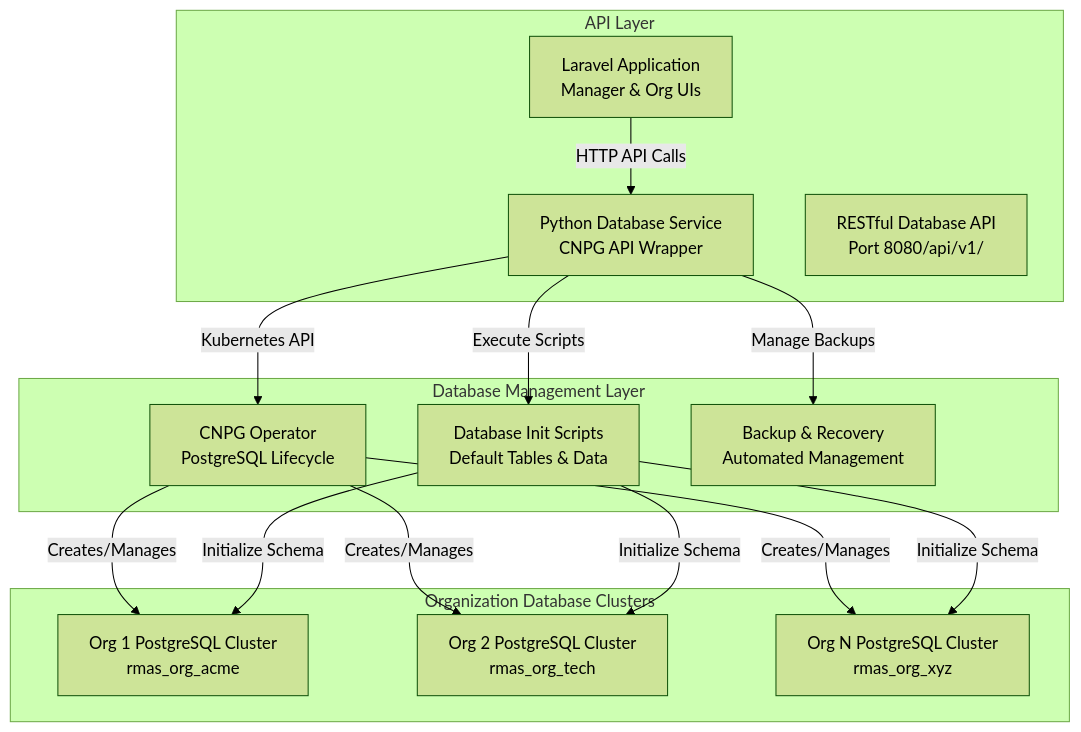
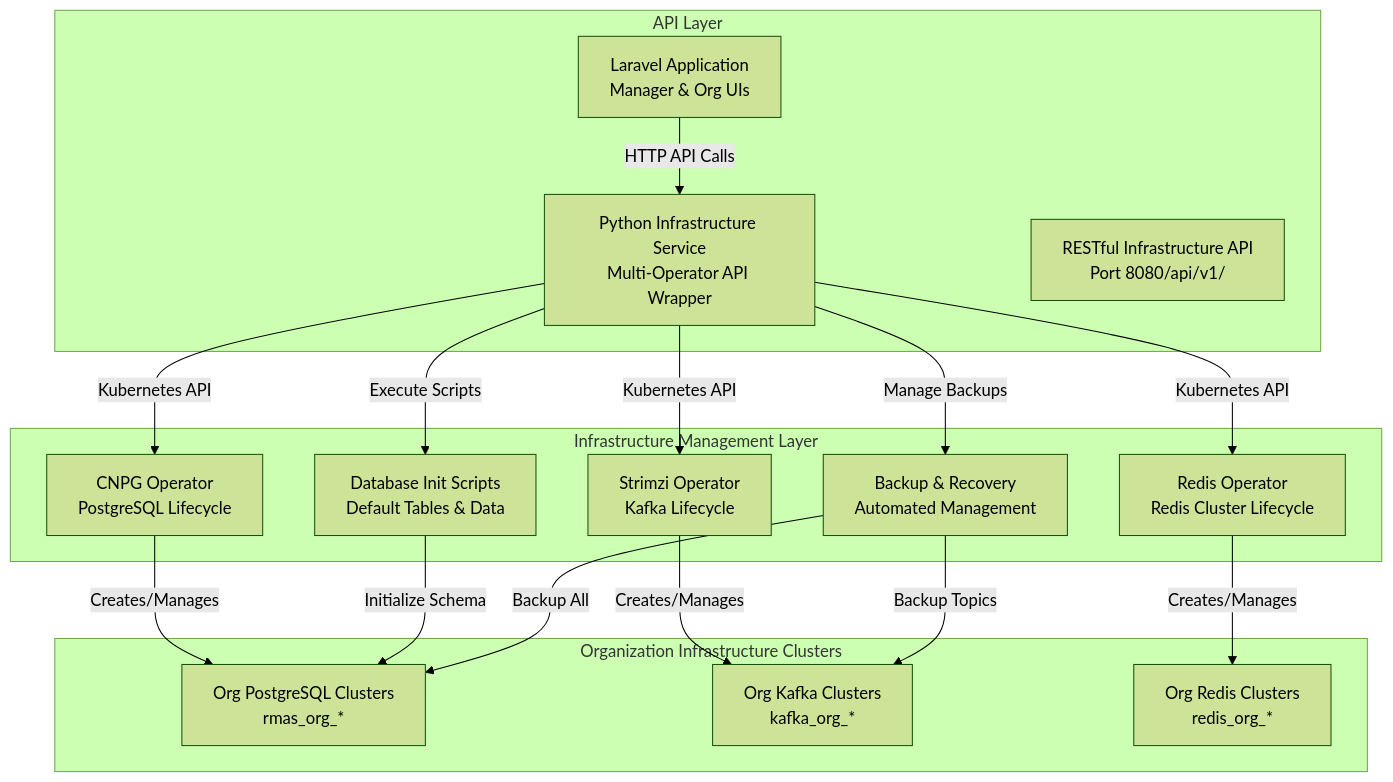
Before and after one commit to kustav123/radmin: the second of 4 diagrams in LLD/database/multi-tenancy.md, drawn with Mermaid (forest theme). The commit also changed other lines of this file and 1 other file, not shown here.

````diff
--- a/LLD/database/multi-tenancy.md
+++ b/LLD/database/multi-tenancy.md
@@ -58,33 +76,37 @@
 ```mermaid
 graph TB
     subgraph "API Layer"
         LaravelApp[Laravel Application<br/>Manager & Org UIs]
-        FastAPI[Python Database Service<br/>CNPG API Wrapper]
-        RestAPI[RESTful Database API<br/>Port 8080/api/v1/]
+        FastAPI[Python Infrastructure Service<br/>Multi-Operator API Wrapper]
+        RestAPI[RESTful Infrastructure API<br/>Port 8080/api/v1/]
     end
     
-    subgraph "Database Management Layer"
+    subgraph "Infrastructure Management Layer"
         CNPGOperator[CNPG Operator<br/>PostgreSQL Lifecycle]
+        StrimziOperator[Strimzi Operator<br/>Kafka Lifecycle]
+        RedisOperator[Redis Operator<br/>Redis Cluster Lifecycle]
         InitScripts[Database Init Scripts<br/>Default Tables & Data]
         BackupManager[Backup & Recovery<br/>Automated Management]
     end
     
-    subgraph "Organization Database Clusters"
-        OrgCluster1[Org 1 PostgreSQL Cluster<br/>rmas_org_acme]
-        OrgCluster2[Org 2 PostgreSQL Cluster<br/>rmas_org_tech]
-        OrgClusterN[Org N PostgreSQL Cluster<br/>rmas_org_xyz]
+    subgraph "Organization Infrastructure Clusters"
+        OrgPostgres[Org PostgreSQL Clusters<br/>rmas_org_*]
+        OrgKafka[Org Kafka Clusters<br/>kafka_org_*]
+        OrgRedis[Org Redis Clusters<br/>redis_org_*]
     end
     
     LaravelApp -->|HTTP API Calls| FastAPI
     FastAPI -->|Kubernetes API| CNPGOperator
+    FastAPI -->|Kubernetes API| StrimziOperator
+    FastAPI -->|Kubernetes API| RedisOperator
     FastAPI -->|Execute Scripts| InitScripts
     FastAPI -->|Manage Backups| BackupManager
     
-    CNPGOperator -->|Creates/Manages| OrgCluster1
-    CNPGOperator -->|Creates/Manages| OrgCluster2
-    CNPGOperator -->|Creates/Manages| OrgClusterN
+    CNPGOperator -->|Creates/Manages| OrgPostgres
+    StrimziOperator -->|Creates/Manages| OrgKafka
+    RedisOperator -->|Creates/Manages| OrgRedis
     
-    InitScripts -->|Initialize Schema| OrgCluster1
-    InitScripts -->|Initialize Schema| OrgCluster2
-    InitScripts -->|Initialize Schema| OrgClusterN
+    InitScripts -->|Initialize Schema| OrgPostgres
+    BackupManager -->|Backup All| OrgPostgres
+    BackupManager -->|Backup Topics| OrgKafka
 ```
````
